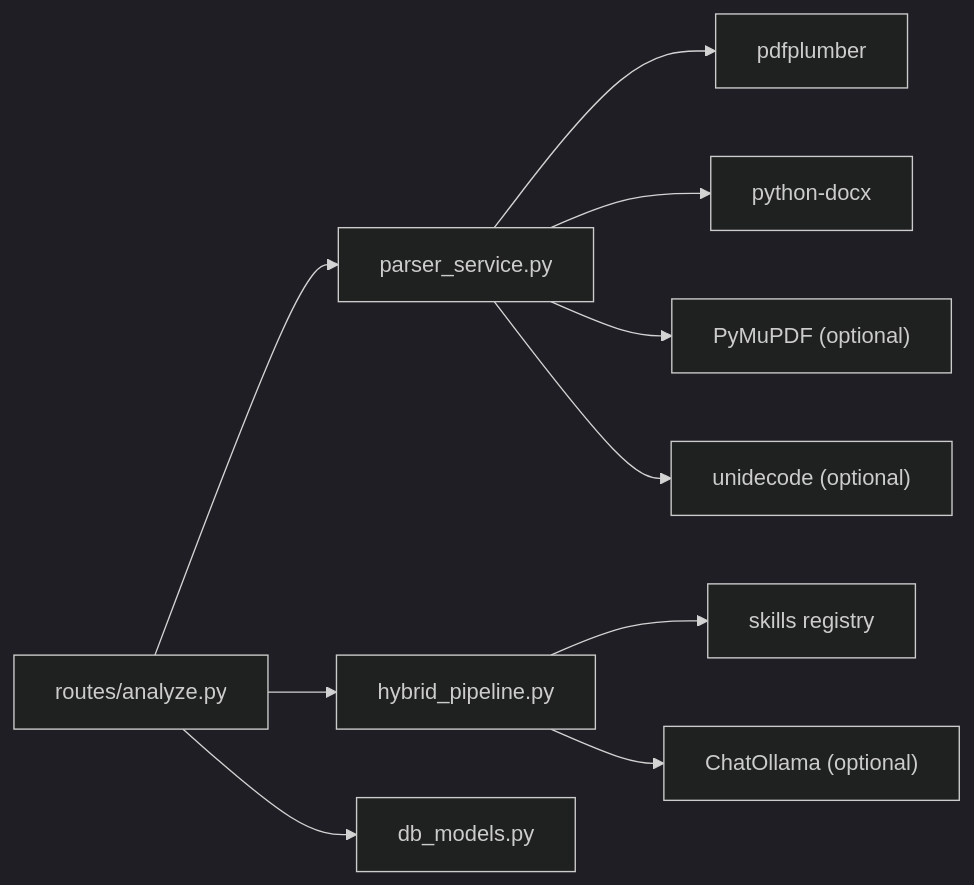
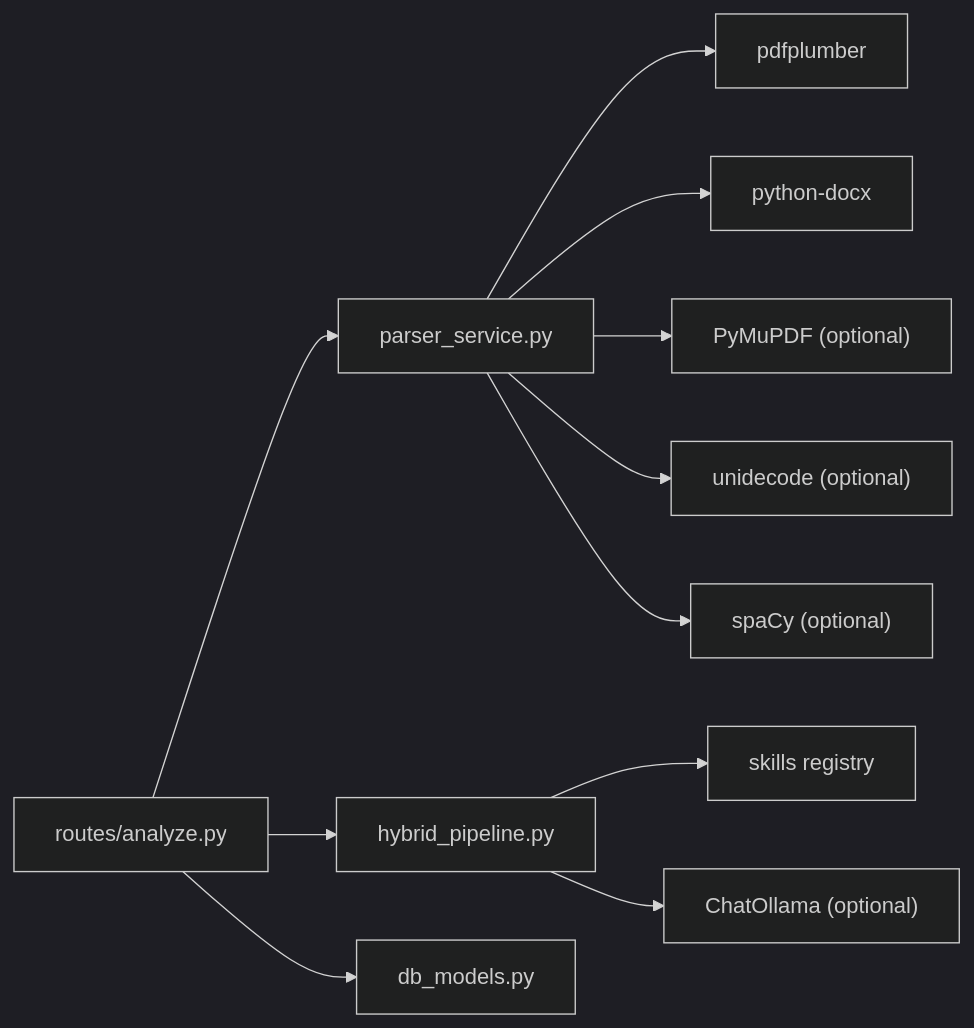
Before and after one commit to Revanththetalogics/aireume: the eighth of 8 diagrams in .qoder/repowiki/en/content/Candidate Management/Resume Parsing and Extraction.md, drawn with Mermaid (dark theme). The commit also changed other lines of this file and 6 other files, not shown here.

````diff
--- a/.qoder/repowiki/en/content/Candidate Management/Resume Parsing and Extraction.md
+++ b/.qoder/repowiki/en/content/Candidate Management/Resume Parsing and Extraction.md
@@ -304,12 +388,13 @@
 ```mermaid
 graph LR
 Parser["parser_service.py"] --> PDF["pdfplumber"]
 Parser --> DOCX["python-docx"]
 Parser --> PyMu["PyMuPDF (optional)"]
 Parser --> Uni["unidecode (optional)"]
+Parser --> Spacy["spaCy (optional)"]
 Hybrid["hybrid_pipeline.py"] --> Skills["skills registry"]
 Hybrid --> LLM["ChatOllama (optional)"]
 Routes["routes/analyze.py"] --> Parser
 Routes --> Hybrid
 Routes --> DB["db_models.py"]
 ```
````
